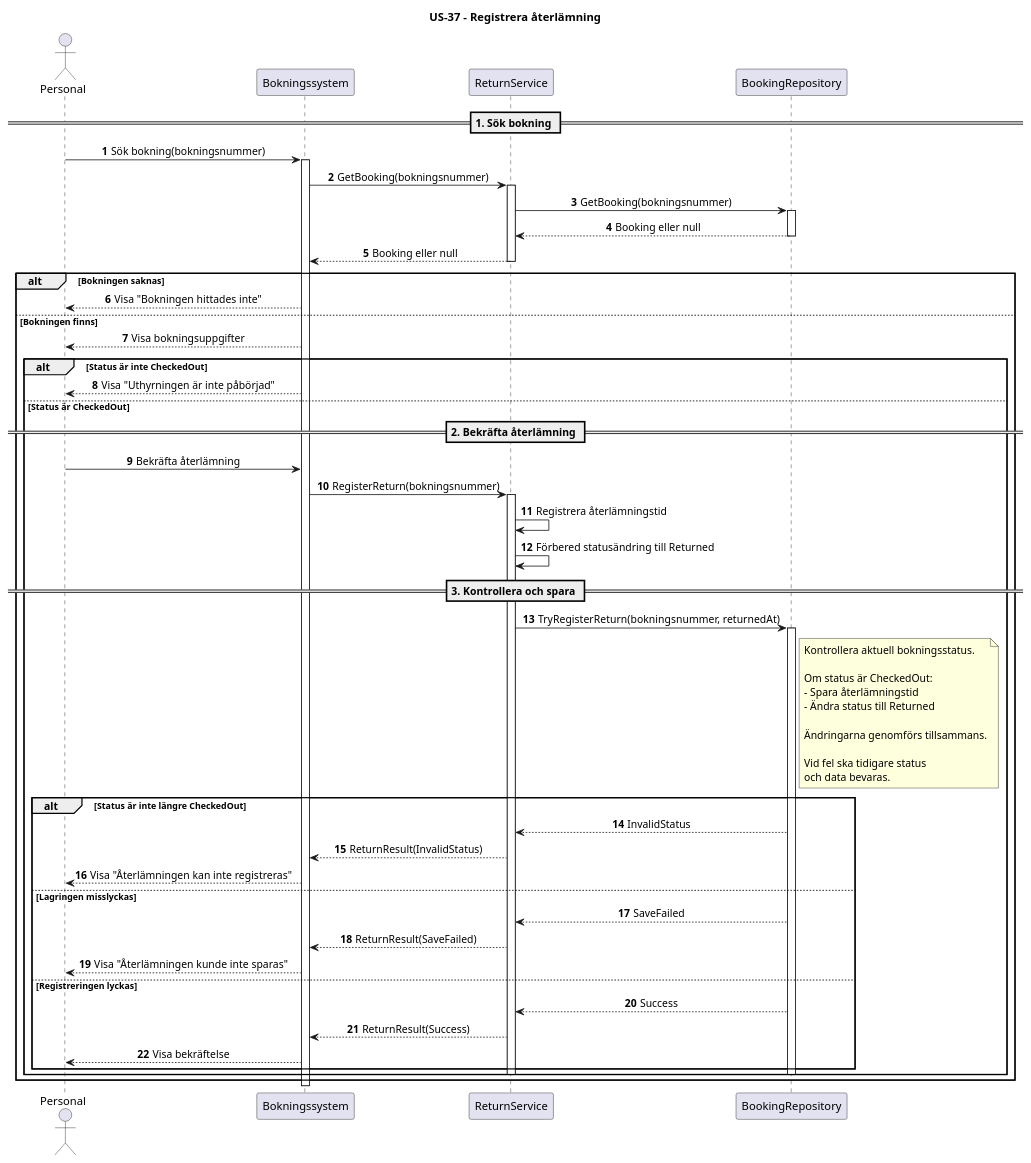
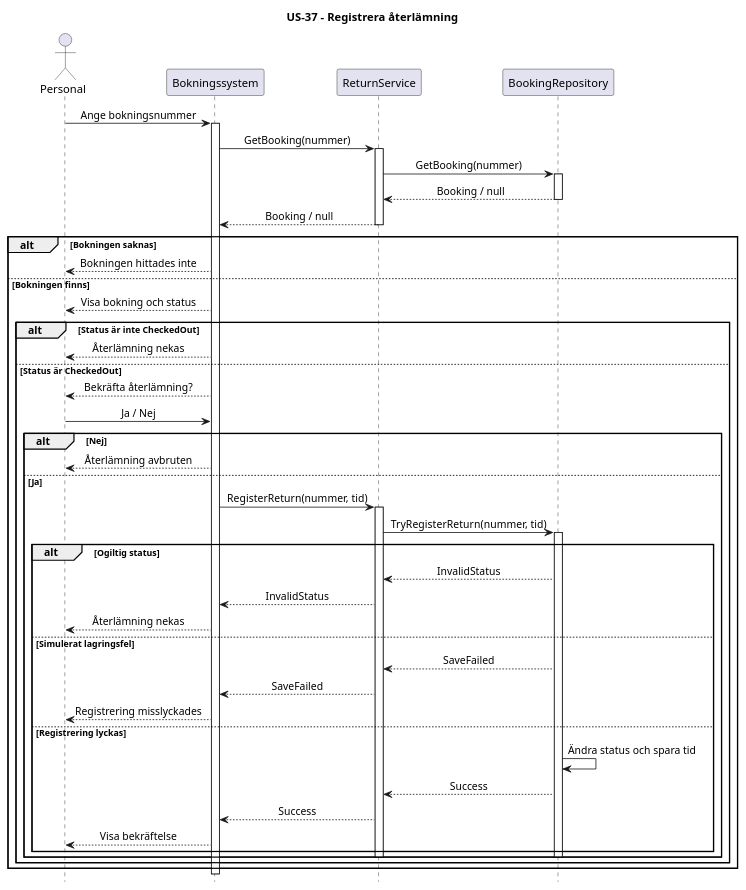
The diagram in SXX.BookingSystem/docs/uml/US-37-sekvensdiagram.puml (Peida-lab/SXX-BookingSystem-Individual), drawn with PlantUML before and after one commit.

Commit message:
Update sequence diagram to match implementation

```diff
--- a/SXX.BookingSystem/docs/uml/US-37-sekvensdiagram.puml
+++ b/SXX.BookingSystem/docs/uml/US-37-sekvensdiagram.puml
@@ -2,91 +2,72 @@
 @startuml
 title US-37 - Registrera återlämning
 
 skinparam shadowing false
 skinparam sequenceMessageAlign center
-autonumber
+hide footbox
 
-actor "Personal" as Personal
+actor Personal
 participant "Bokningssystem" as System
 participant "ReturnService" as Service
-participant "BookingRepository" as Repository
+participant "BookingRepository" as Repo
 
-== 1. Sök bokning ==
-
-Personal -> System : Sök bokning(bokningsnummer)
+Personal -> System : Ange bokningsnummer
 activate System
 
-System -> Service : GetBooking(bokningsnummer)
+System -> Service : GetBooking(nummer)
 activate Service
-
-Service -> Repository : GetBooking(bokningsnummer)
-activate Repository
-Repository --> Service : Booking eller null
-deactivate Repository
-
-Service --> System : Booking eller null
+Service -> Repo : GetBooking(nummer)
+activate Repo
+Repo --> Service : Booking / null
+deactivate Repo
+Service --> System : Booking / null
 deactivate Service
 
 alt Bokningen saknas
-    System --> Personal : Visa "Bokningen hittades inte"
+    System --> Personal : Bokningen hittades inte
 
 else Bokningen finns
-    System --> Personal : Visa bokningsuppgifter
+    System --> Personal : Visa bokning och status
 
     alt Status är inte CheckedOut
-        System --> Personal : Visa "Uthyrningen är inte påbörjad"
+        System --> Personal : Återlämning nekas
 
     else Status är CheckedOut
+        System --> Personal : Bekräfta återlämning?
+        Personal -> System : Ja / Nej
 
-        == 2. Bekräfta återlämning ==
+        alt Nej
+            System --> Personal : Återlämning avbruten
 
-        Personal -> System : Bekräfta återlämning
+        else Ja
+            System -> Service : RegisterReturn(nummer, tid)
+            activate Service
 
-        System -> Service : RegisterReturn(bokningsnummer)
-        activate Service
+            Service -> Repo : TryRegisterReturn(nummer, tid)
+            activate Repo
 
-        Service -> Service : Registrera återlämningstid
-        Service -> Service : Förbered statusändring till Returned
+            alt Ogiltig status
+                Repo --> Service : InvalidStatus
+                Service --> System : InvalidStatus
+                System --> Personal : Återlämning nekas
 
-        == 3. Kontrollera och spara ==
+            else Simulerat lagringsfel
+                Repo --> Service : SaveFailed
+                Service --> System : SaveFailed
+                System --> Personal : Registrering misslyckades
 
-        Service -> Repository : TryRegisterReturn(bokningsnummer, returnedAt)
-        activate Repository
+            else Registrering lyckas
+                Repo -> Repo : Ändra status och spara tid
+                Repo --> Service : Success
+                Service --> System : Success
+                System --> Personal : Visa bekräftelse
+            end
 
-        note right of Repository
-          Kontrollera aktuell bokningsstatus.
-
-          Om status är CheckedOut:
-          - Spara återlämningstid
-          - Ändra status till Returned
-
-          Ändringarna genomförs tillsammans.
-
-          Vid fel ska tidigare status
-          och data bevaras.
-        end note
-
-        alt Status är inte längre CheckedOut
-            Repository --> Service : InvalidStatus
-            Service --> System : ReturnResult(InvalidStatus)
-            System --> Personal : Visa "Återlämningen kan inte registreras"
-
-        else Lagringen misslyckas
-            Repository --> Service : SaveFailed
-            Service --> System : ReturnResult(SaveFailed)
-            System --> Personal : Visa "Återlämningen kunde inte sparas"
-
-        else Registreringen lyckas
-            Repository --> Service : Success
-            Service --> System : ReturnResult(Success)
-            System --> Personal : Visa bekräftelse
+            deactivate Repo
+            deactivate Service
         end
-
-        deactivate Repository
-        deactivate Service
     end
 end
 
 deactivate System
-
 @enduml
```
